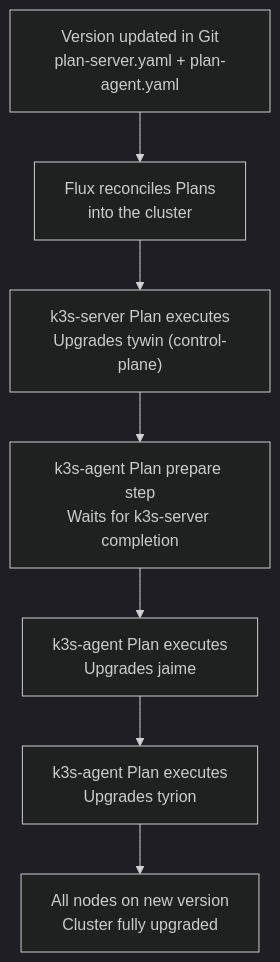
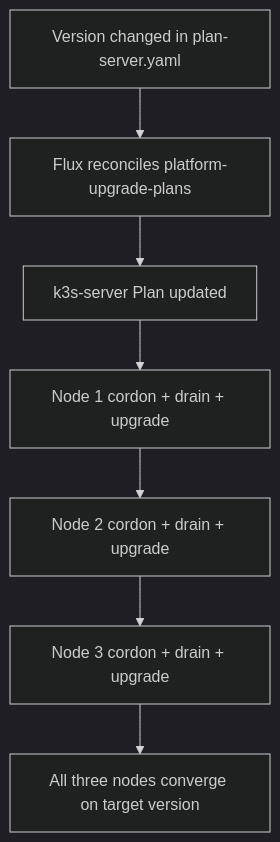
Before and after one commit to Kagiso-me/homelab-infrastructure: the diagram in docs/guides/11-Platform-Upgrade-Controller.md, drawn with Mermaid (dark theme). The commit also changed other lines of this file and 40 other files, not shown here.

````diff
--- a/docs/guides/11-Platform-Upgrade-Controller.md
+++ b/docs/guides/11-Platform-Upgrade-Controller.md
@@ -205,9 +171,9 @@
 ```mermaid
 graph TD
-    Change["Version updated in Git<br/>plan-server.yaml + plan-agent.yaml"] --> Flux["Flux reconciles Plans<br/>into the cluster"]
-    Flux --> Server["k3s-server Plan executes<br/>Upgrades tywin (control-plane)"]
-    Server --> Prepare["k3s-agent Plan prepare step<br/>Waits for k3s-server completion"]
-    Prepare --> Agent1["k3s-agent Plan executes<br/>Upgrades jaime"]
-    Agent1 --> Agent2["k3s-agent Plan executes<br/>Upgrades tyrion"]
-    Agent2 --> Done["All nodes on new version<br/>Cluster fully upgraded"]
+    Git["Version changed in plan-server.yaml"] --> Flux["Flux reconciles platform-upgrade-plans"]
+    Flux --> Plan["k3s-server Plan updated"]
+    Plan --> Node1["Node 1 cordon + drain + upgrade"]
+    Node1 --> Node2["Node 2 cordon + drain + upgrade"]
+    Node2 --> Node3["Node 3 cordon + drain + upgrade"]
+    Node3 --> Done["All three nodes converge on target version"]
 ```
````
